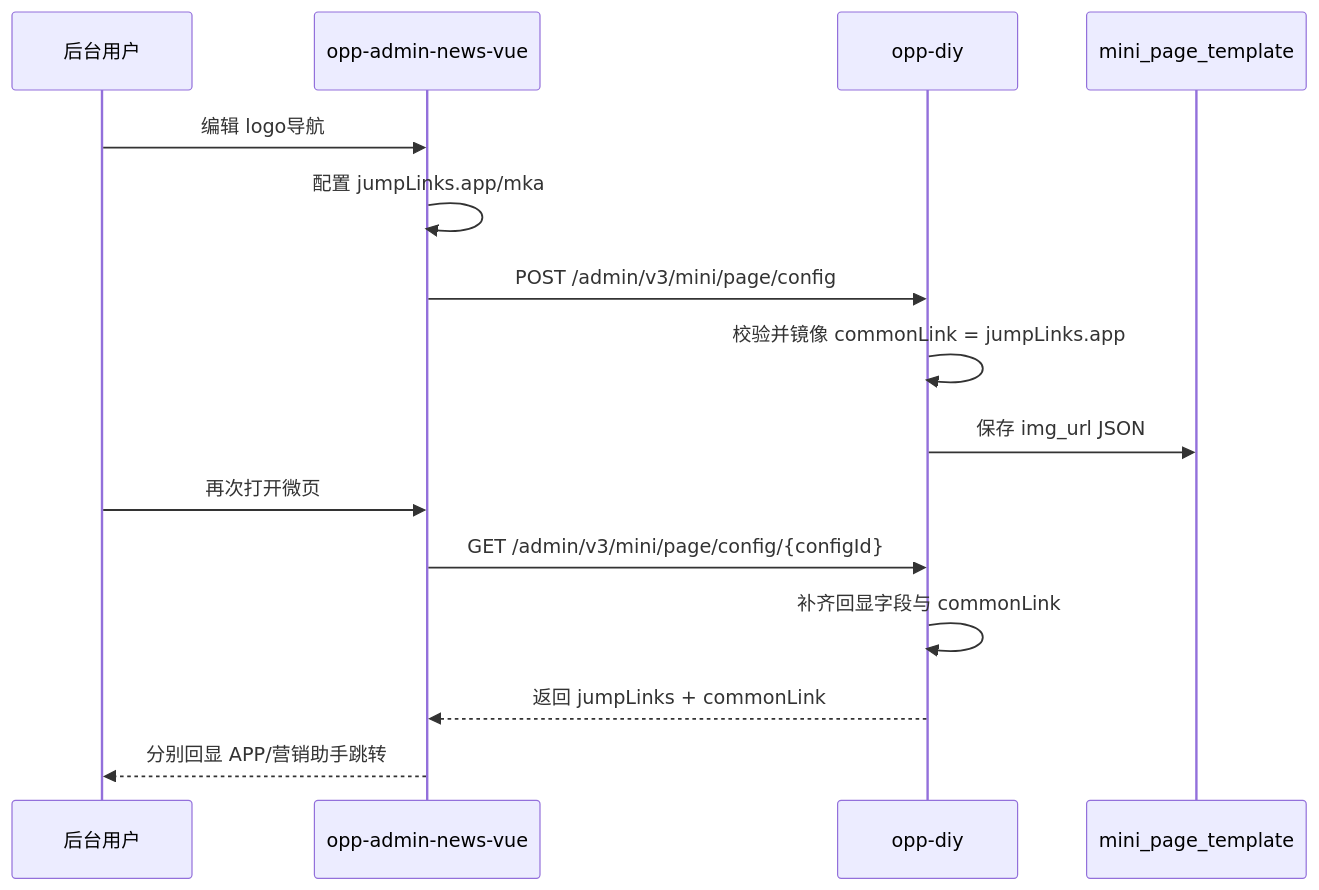
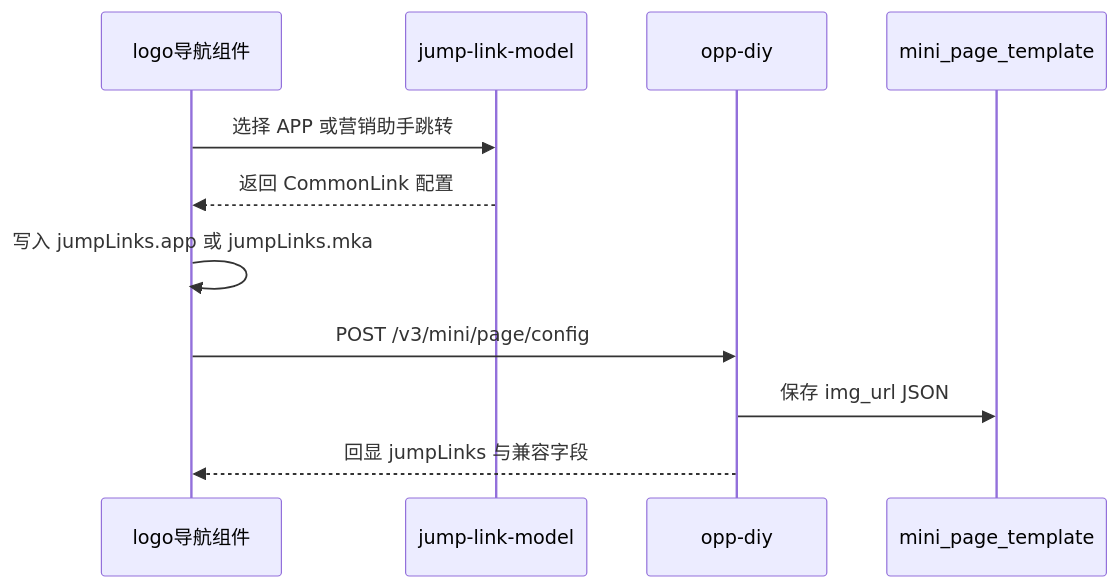
The second of 2 diagrams in openspec/changes/req-166502/design.md (KeyLin-Da/ai-coding), drawn with Mermaid before and after one commit. The commit also changed other lines of this file and 32 other files, not shown here.

````diff
--- a/openspec/changes/req-166502/design.md
+++ b/openspec/changes/req-166502/design.md
@@ -89,18 +146,14 @@
 ```mermaid
 sequenceDiagram
-    participant Admin as 后台用户
-    participant Vue as opp-admin-news-vue
+    participant Editor as logo导航组件
+    participant Modal as jump-link-model
     participant Diy as opp-diy
     participant DB as mini_page_template
 
-    Admin->>Vue: 编辑 logo导航
-    Vue->>Vue: 配置 jumpLinks.app/mka
-    Vue->>Diy: POST /admin/v3/mini/page/config
-    Diy->>Diy: 校验并镜像 commonLink = jumpLinks.app
+    Editor->>Modal: 选择 APP 或营销助手跳转
+    Modal-->>Editor: 返回 CommonLink 配置
+    Editor->>Editor: 写入 jumpLinks.app 或 jumpLinks.mka
+    Editor->>Diy: POST /v3/mini/page/config
     Diy->>DB: 保存 img_url JSON
-    Admin->>Vue: 再次打开微页
-    Vue->>Diy: GET /admin/v3/mini/page/config/{configId}
-    Diy->>Diy: 补齐回显字段与 commonLink
-    Diy-->>Vue: 返回 jumpLinks + commonLink
-    Vue-->>Admin: 分别回显 APP/营销助手跳转
+    Diy-->>Editor: 回显 jumpLinks 与兼容字段
 ```
````
